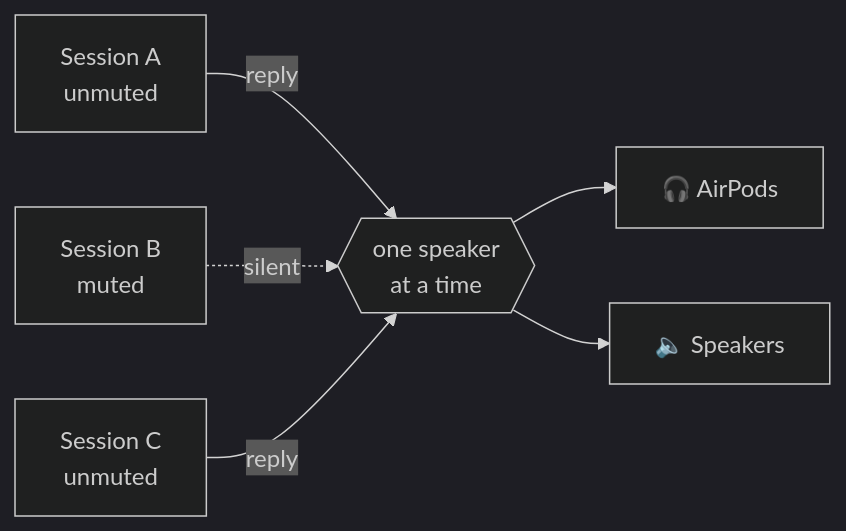
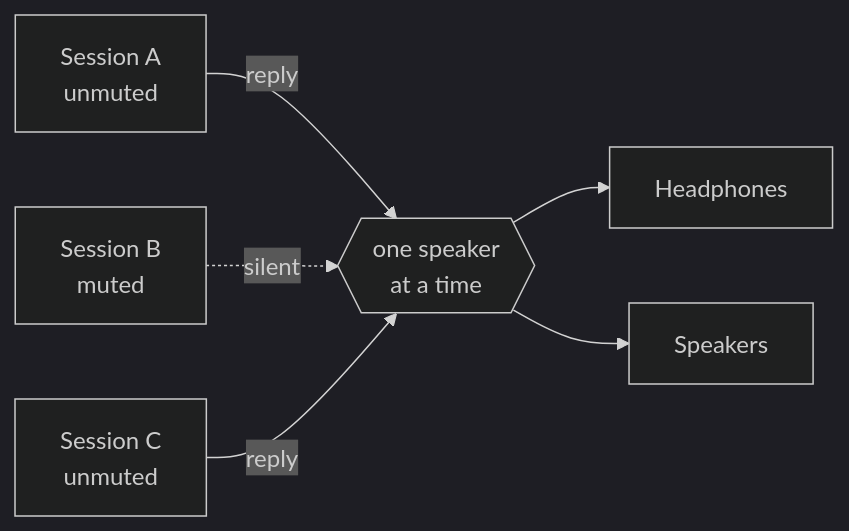
Before and after one commit to restante/claudio-tts: the first of 2 diagrams in README.md, drawn with Mermaid (dark theme). The commit also changed other lines of this file and 62 other files, not shown here.

````diff
--- a/README.md
+++ b/README.md
@@ -111,8 +260,8 @@
 ```mermaid
 flowchart LR
-  A[Session A<br/>unmuted] -->|reply| Q{{one speaker<br/>at a time}}
-  B[Session B<br/>muted] -. silent .-> Q
-  C[Session C<br/>unmuted] -->|reply| Q
-  Q --> D1[🎧 AirPods]
-  Q --> D2[🔈 Speakers]
+  A["Session A<br/>unmuted"] -->|reply| Q{{"one speaker<br/>at a time"}}
+  B["Session B<br/>muted"] -. silent .-> Q
+  C["Session C<br/>unmuted"] -->|reply| Q
+  Q --> D1["Headphones"]
+  Q --> D2["Speakers"]
 ```
````
